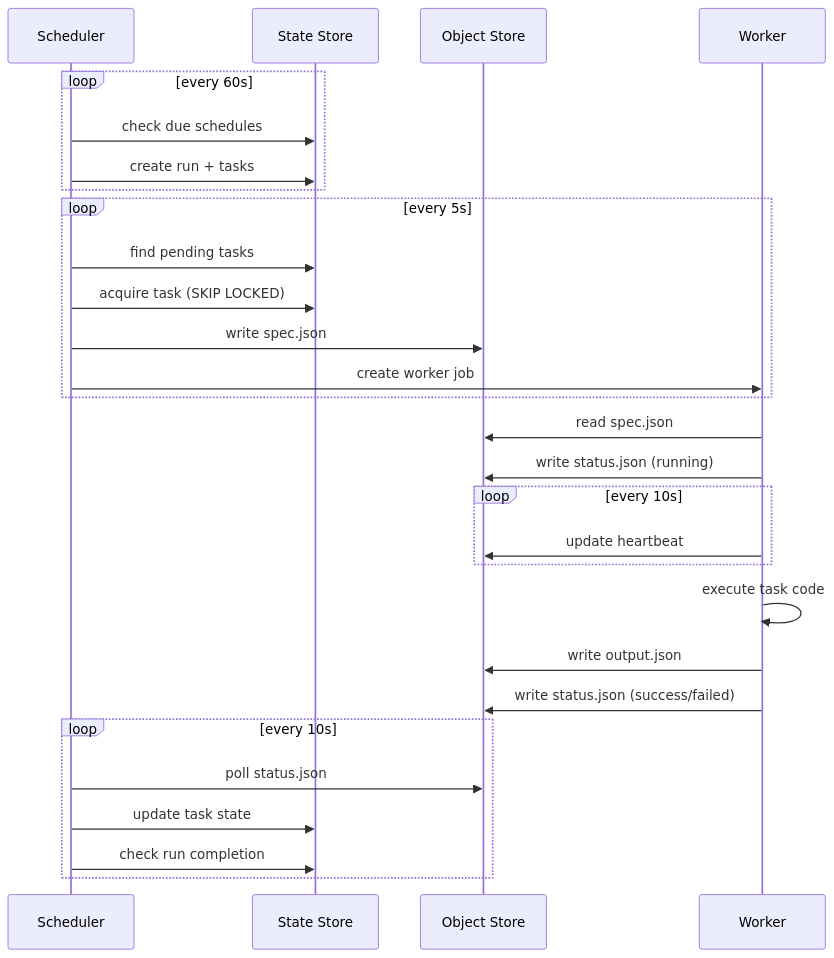
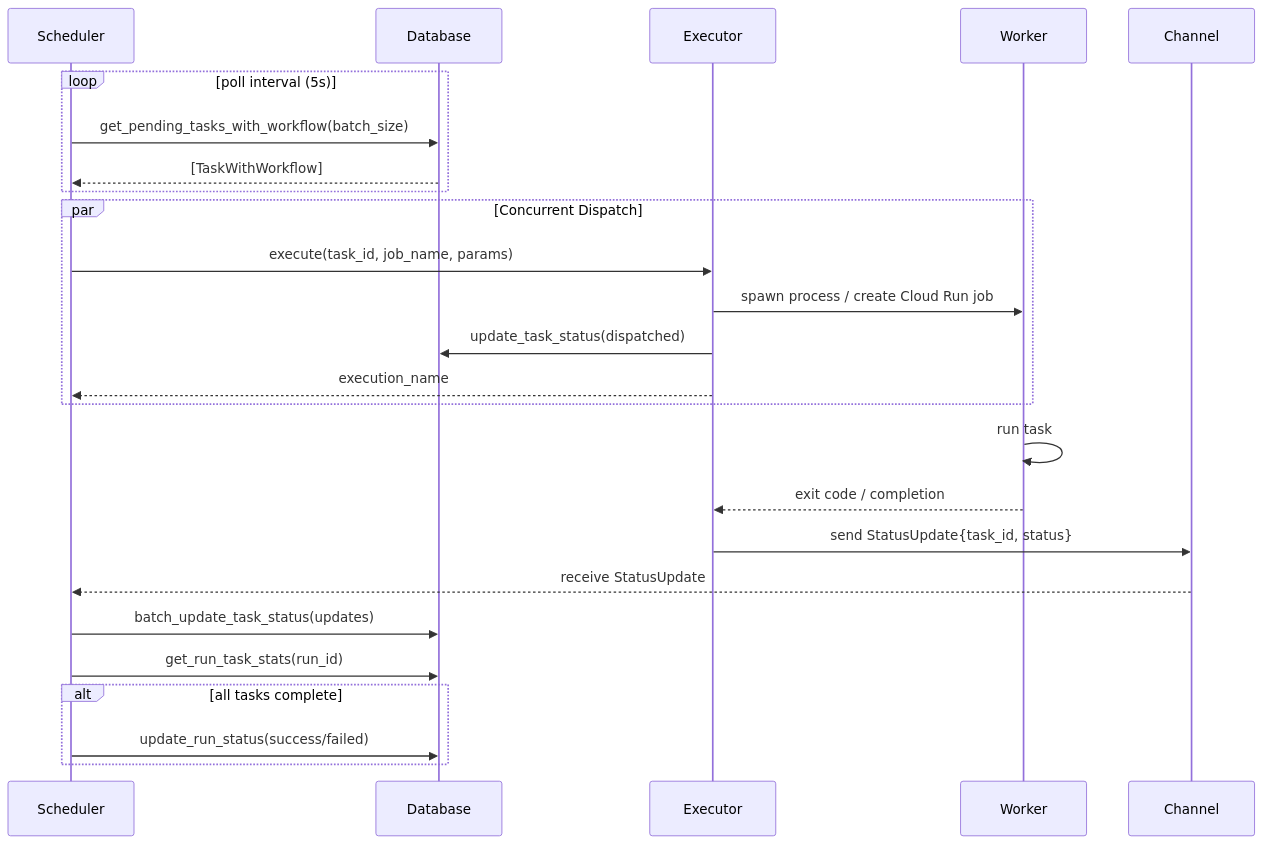
Before and after one commit to gajop/ork: the third of 3 diagrams in docs/dev/architecture.md, drawn with Mermaid. The commit also changed other lines of this file and 19 other files, not shown here.

````diff
--- a/docs/dev/architecture.md
+++ b/docs/dev/architecture.md
@@ -48,36 +77,33 @@
 ```mermaid
 sequenceDiagram
-    participant S as Scheduler
-    participant DB as State Store
-    participant OS as Object Store
-    participant W as Worker
+    participant Scheduler
+    participant DB as Database
+    participant Executor
+    participant Worker
+    participant Channel
 
-    loop every 60s
-        S->>DB: check due schedules
-        S->>DB: create run + tasks
+    loop poll interval (5s)
+        Scheduler->>DB: get_pending_tasks_with_workflow(batch_size)
+        DB-->>Scheduler: [TaskWithWorkflow]
     end
 
-    loop every 5s
-        S->>DB: find pending tasks
-        S->>DB: acquire task (SKIP LOCKED)
-        S->>OS: write spec.json
-        S->>W: create worker job
+    par Concurrent Dispatch
+        Scheduler->>Executor: execute(task_id, job_name, params)
+        Executor->>Worker: spawn process / create Cloud Run job
+        Executor->>DB: update_task_status(dispatched)
+        Executor-->>Scheduler: execution_name
     end
 
-    W->>OS: read spec.json
-    W->>OS: write status.json (running)
+    Worker->>Worker: run task
+    Worker-->>Executor: exit code / completion
 
-    loop every 10s
-        W->>OS: update heartbeat
-    end
+    Executor->>Channel: send StatusUpdate{task_id, status}
+    Channel-->>Scheduler: receive StatusUpdate
 
-    W->>W: execute task code
-    W->>OS: write output.json
-    W->>OS: write status.json (success/failed)
+    Scheduler->>DB: batch_update_task_status(updates)
+    Scheduler->>DB: get_run_task_stats(run_id)
 
-    loop every 10s
-        S->>OS: poll status.json
-        S->>DB: update task state
-        S->>DB: check run completion
+    alt all tasks complete
+        Scheduler->>DB: update_run_status(success/failed)
     end
 ```
````
